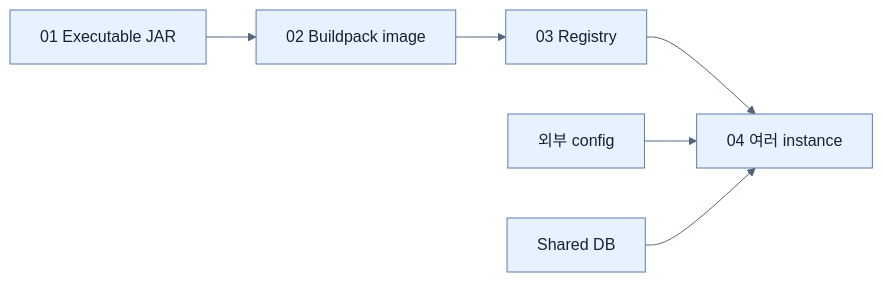
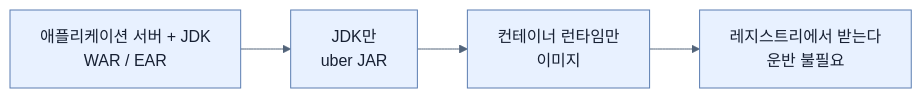
Before and after one commit to sing-u8/Learning_Spring_Boot_4: the first of 2 diagrams in spring-boot-4-pdf-notes/part-3-releasing-an-application-with-spring-boot/chapter-7-releasing-an-application-with-spring-boot/_map.md, drawn with Mermaid. The commit also changed other lines of this file and 253 other files, not shown here.

````diff
--- a/spring-boot-4-pdf-notes/part-3-releasing-an-application-with-spring-boot/chapter-7-releasing-an-application-with-spring-boot/_map.md
+++ b/spring-boot-4-pdf-notes/part-3-releasing-an-application-with-spring-boot/chapter-7-releasing-an-application-with-spring-boot/_map.md
@@ -3,9 +14,7 @@
 ```mermaid
 %%{init: {'theme': 'base', 'themeVariables': {'background': '#ffffff', 'primaryColor': '#e8f1ff', 'primaryTextColor': '#172033', 'primaryBorderColor': '#5b7db1', 'lineColor': '#52647a', 'secondaryColor': '#f7fbff', 'tertiaryColor': '#fff7df'}}}%%
 flowchart LR
-    J[01 Executable JAR] --> I[02 Buildpack image]
-    I --> R[03 Registry]
-    R --> S[04 여러 instance]
-    C[외부 config] --> S
-    D[Shared DB] --> S
+    A["애플리케이션 서버 + JDK<br/>WAR / EAR"] --> B["JDK만<br/>uber JAR"]
+    B --> C["컨테이너 런타임만<br/>이미지"]
+    C --> D["레지스트리에서 받는다<br/>운반 불필요"]
 ```
````
